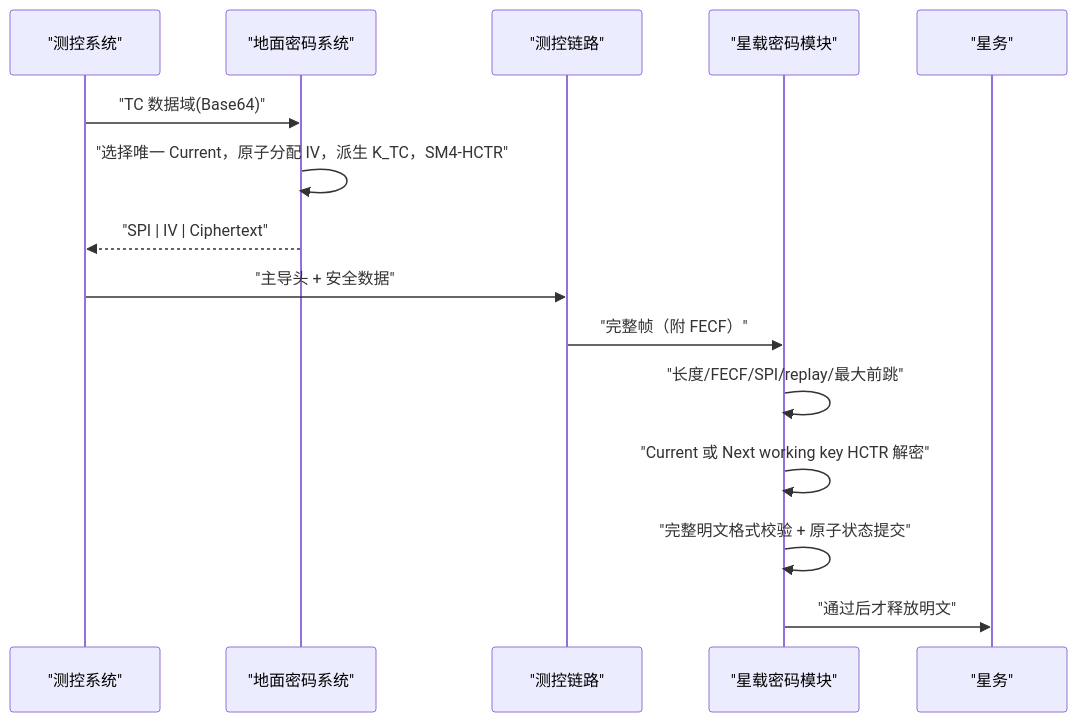
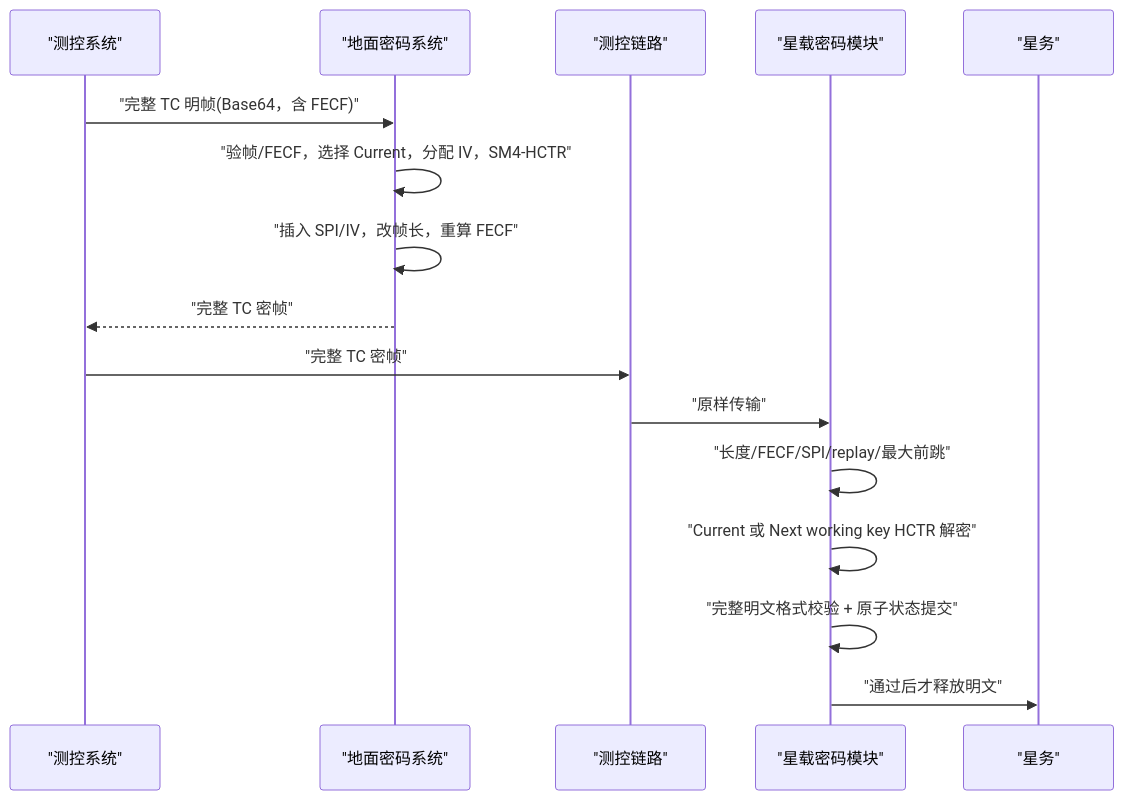
Before and after one commit to HangzeGao/key-vault: the third of 3 diagrams in baseline/docs/TC_GROUND_FLIGHT_ARCHITECTURE.md, drawn with Mermaid. The commit also changed other lines of this file and 46 other files, not shown here.

````diff
--- a/baseline/docs/TC_GROUND_FLIGHT_ARCHITECTURE.md
+++ b/baseline/docs/TC_GROUND_FLIGHT_ARCHITECTURE.md
@@ -36,18 +64,19 @@
 ```mermaid
 sequenceDiagram
     participant C as "测控系统"
     participant G as "地面密码系统"
     participant L as "测控链路"
     participant F as "星载密码模块"
     participant S as "星务"
 
-    C->>G: "TC 数据域(Base64)"
-    G->>G: "选择唯一 Current，原子分配 IV，派生 K_TC，SM4-HCTR"
-    G-->>C: "SPI | IV | Ciphertext"
-    C->>L: "主导头 + 安全数据"
-    L->>F: "完整帧（附 FECF）"
+    C->>G: "完整 TC 明帧(Base64，含 FECF)"
+    G->>G: "验帧/FECF，选择 Current，分配 IV，SM4-HCTR"
+    G->>G: "插入 SPI/IV，改帧长，重算 FECF"
+    G-->>C: "完整 TC 密帧"
+    C->>L: "完整 TC 密帧"
+    L->>F: "原样传输"
     F->>F: "长度/FECF/SPI/replay/最大前跳"
     F->>F: "Current 或 Next working key HCTR 解密"
     F->>F: "完整明文格式校验 + 原子状态提交"
     F->>S: "通过后才释放明文"
 ```
````
